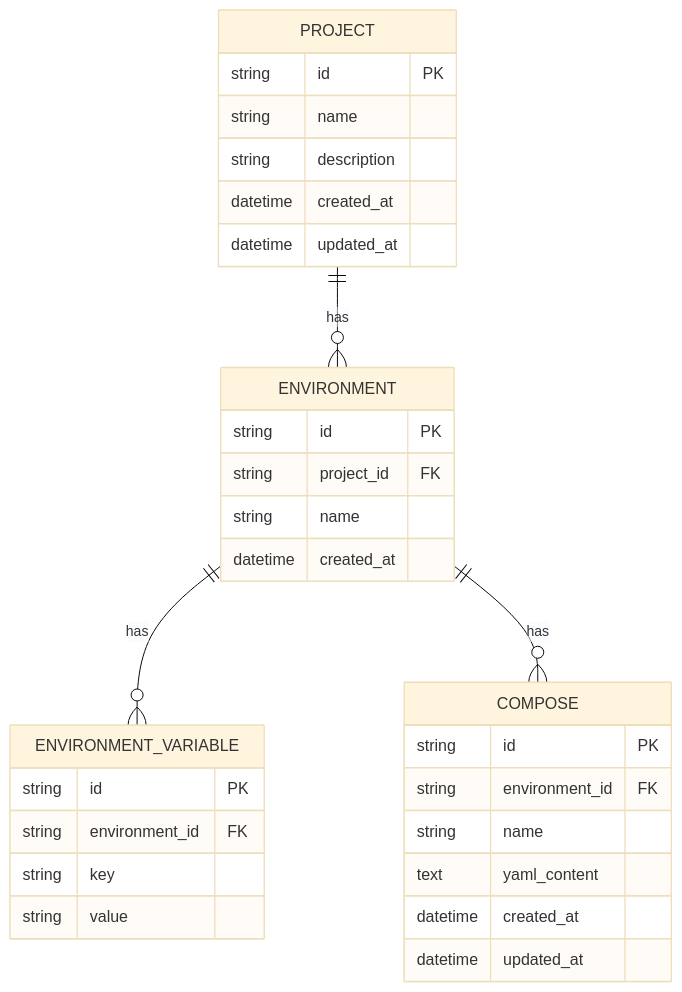
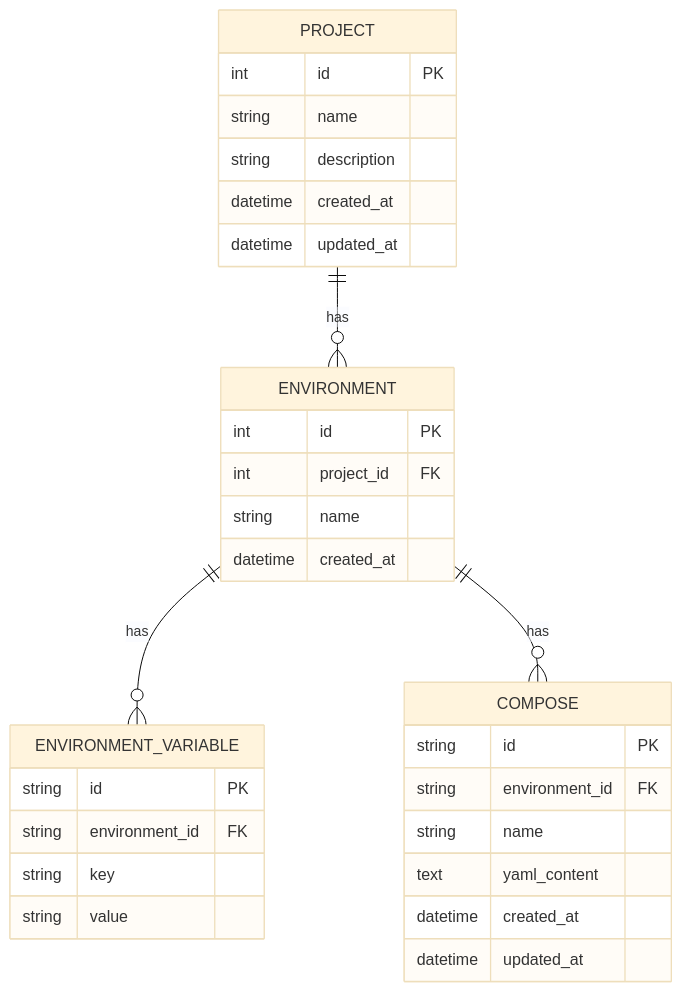
Before and after one commit to relist/relist-panel: the fourth of 6 diagrams in docs/sa.md, drawn with Mermaid (base theme). The commit also changed other lines of this file and 12 other files, not shown here.

````diff
--- a/docs/sa.md
+++ b/docs/sa.md
@@ -112,34 +112,34 @@
 ```mermaid
 erDiagram
     PROJECT ||--o{ ENVIRONMENT : has
     ENVIRONMENT ||--o{ ENVIRONMENT_VARIABLE : has
     ENVIRONMENT ||--o{ COMPOSE : has
 
     PROJECT {
-        string id PK
+        int id PK
         string name
         string description
         datetime created_at
         datetime updated_at
     }
     ENVIRONMENT {
-        string id PK
-        string project_id FK
+        int id PK
+        int project_id FK
         string name
         datetime created_at
     }
     ENVIRONMENT_VARIABLE {
         string id PK
         string environment_id FK
         string key
         string value
     }
     COMPOSE {
         string id PK
         string environment_id FK
         string name
         text yaml_content
         datetime created_at
         datetime updated_at
     }
 ```
````
